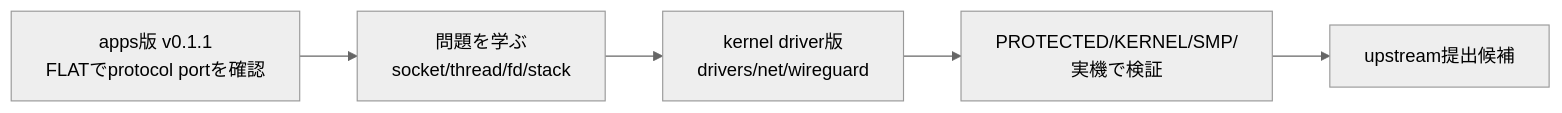
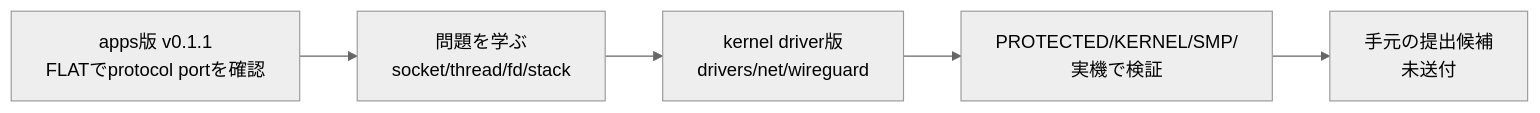
The fourth of 9 diagrams in docs/presentation/coc-glasgow-beginner-guide-ja.md (wwlapaki310/gsoc2026-nuttx-wireguard), drawn with Mermaid (neutral theme) before and after one commit. The commit also changed other lines of this file and 12 other files, not shown here.

````diff
--- a/docs/presentation/coc-glasgow-beginner-guide-ja.md
+++ b/docs/presentation/coc-glasgow-beginner-guide-ja.md
@@ -822,7 +822,7 @@
 ```mermaid
 flowchart LR
     A[apps版 v0.1.1<br/>FLATでprotocol portを確認] --> B[問題を学ぶ<br/>socket/thread/fd/stack]
     B --> C[kernel driver版<br/>drivers/net/wireguard]
     C --> D[PROTECTED/KERNEL/SMP/実機で検証]
-    D --> E[upstream提出候補]
+    D --> E[手元の提出候補<br/>未送付]
 ```
````
